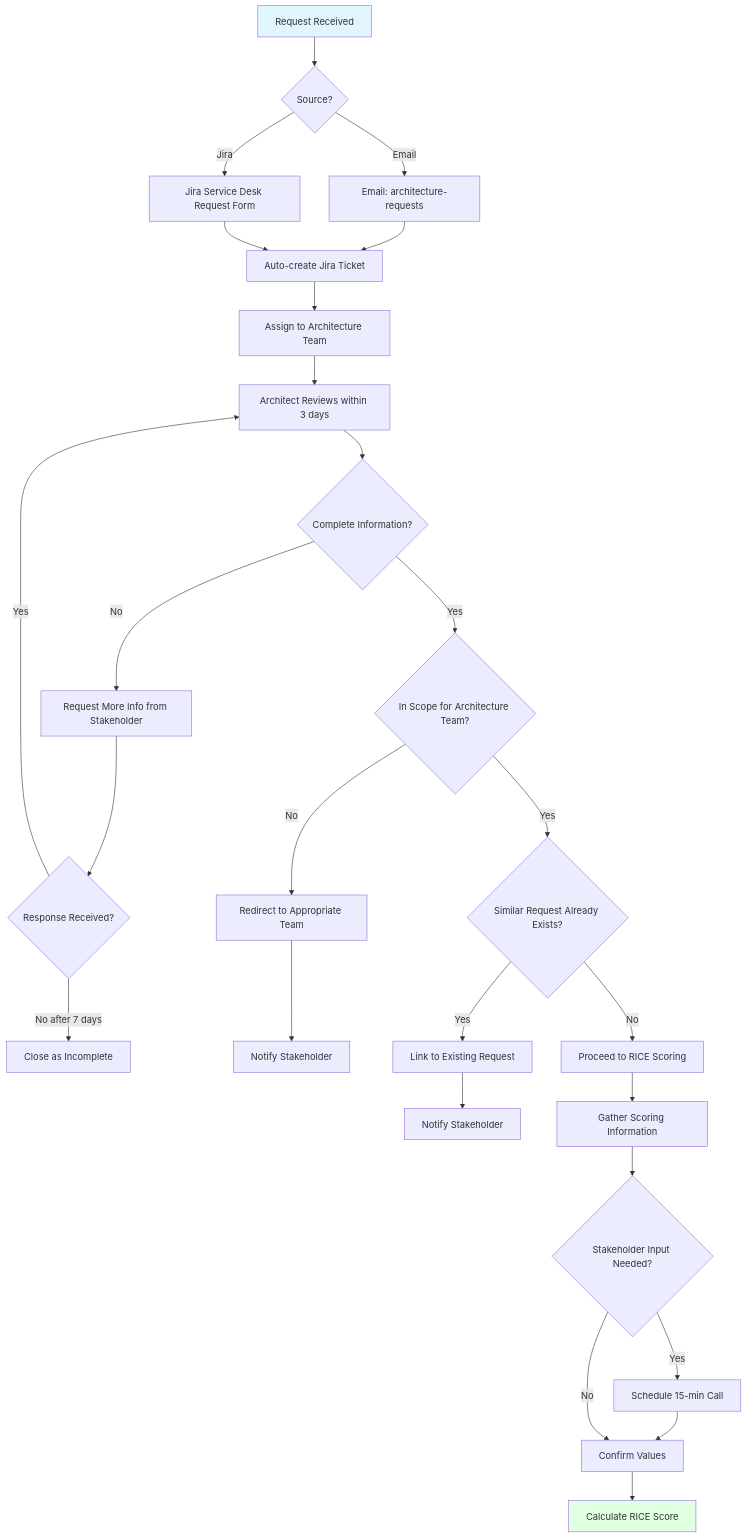
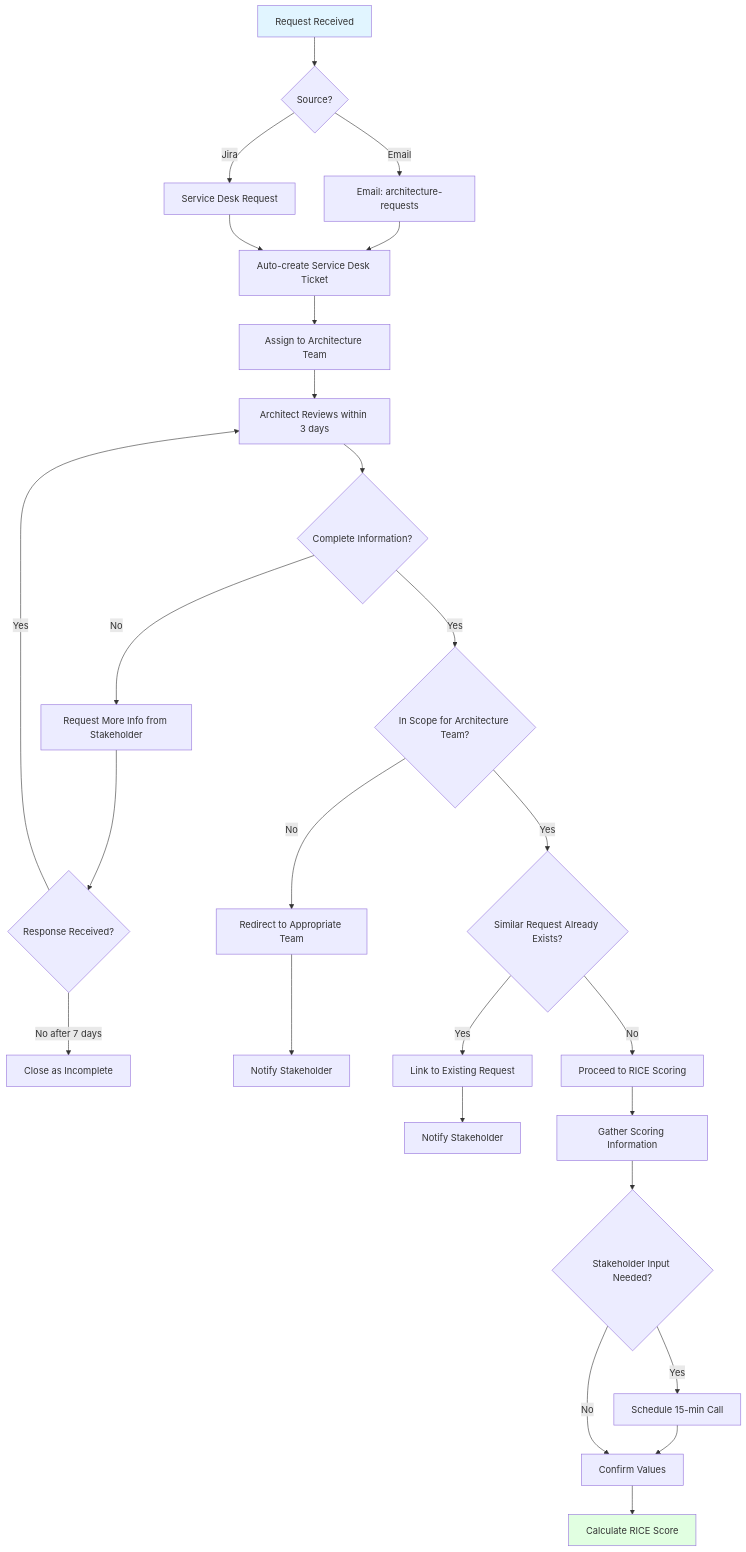
One commit to Nebiath/Architecture-design-documentation changed the second of 10 diagrams in docs/ejemplo/01-global/demand-management/diagrams/demand-management-diagrams.md. Above: the diagram before and after it, drawn with Mermaid. The commit also changed other lines of this file, not shown here.

````diff
--- a/docs/ejemplo/01-global/demand-management/diagrams/demand-management-diagrams.md
+++ b/docs/ejemplo/01-global/demand-management/diagrams/demand-management-diagrams.md
@@ -93,46 +93,46 @@
 ```mermaid
 graph TD
     A[Request Received] --> B{Source?}
 
     B -->|Email| C[Email: architecture-requests]
-    B -->|Jira| D[Jira Service Desk Request Form]
+    B -->|Jira| D[Service Desk Request]
 
-    C --> E[Auto-create Jira Ticket]
+    C --> E[Auto-create Service Desk Ticket]
     D --> E
 
     E --> F[Assign to Architecture Team]
 
     F --> G[Architect Reviews within 3 days]
 
     G --> H{Complete Information?}
 
     H -->|No| I[Request More Info from Stakeholder]
     I --> J{Response Received?}
     J -->|No after 7 days| K[Close as Incomplete]
     J -->|Yes| G
 
     H -->|Yes| L{In Scope for Architecture Team?}
 
     L -->|No| M[Redirect to Appropriate Team]
     M --> N[Notify Stakeholder]
 
     L -->|Yes| O{Similar Request Already Exists?}
 
     O -->|Yes| P[Link to Existing Request]
     P --> Q[Notify Stakeholder]
 
     O -->|No| R[Proceed to RICE Scoring]
 
     R --> S[Gather Scoring Information]
 
     S --> T{Stakeholder Input Needed?}
 
     T -->|Yes| U[Schedule 15-min Call]
     U --> V[Confirm Values]
 
     T -->|No| V
     V --> W[Calculate RICE Score]
 
     style A fill:#e1f5ff
     style W fill:#e1ffe1
 ```
````
